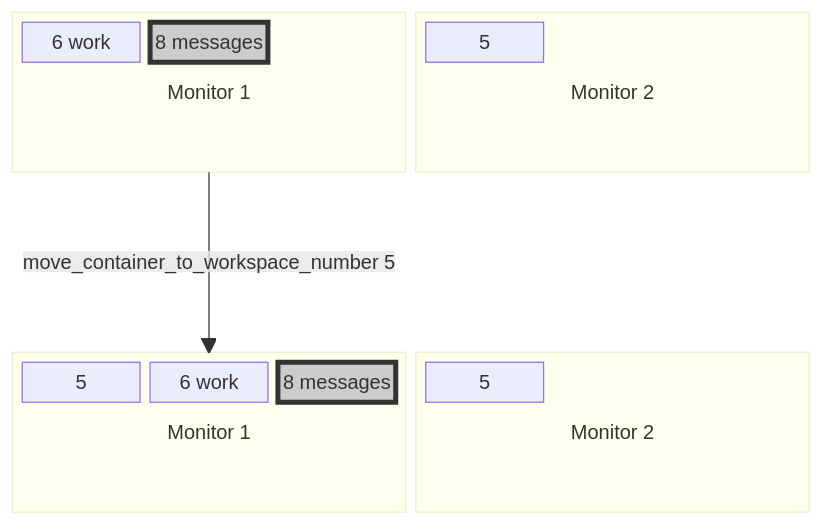
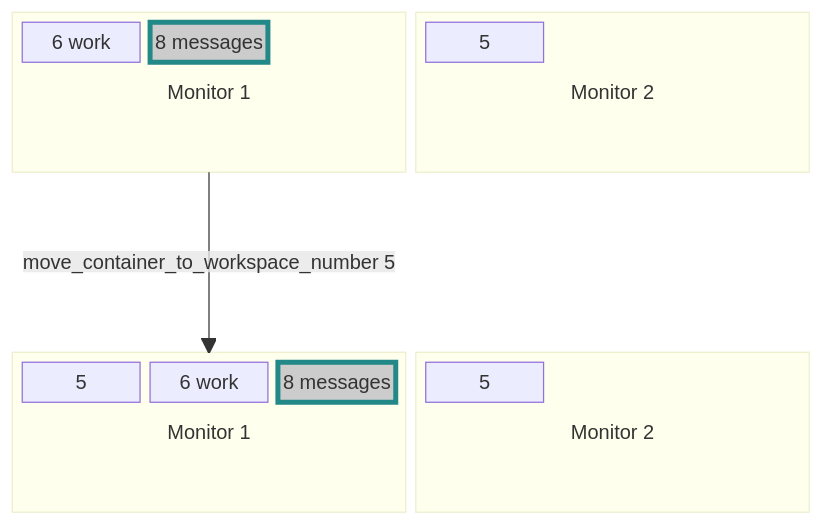
The tenth of 10 diagrams in README.md (berezowski/swaymsg_workspace), drawn with Mermaid before and after one commit. The commit also changed other lines of this file, not shown here.

````diff
--- a/README.md
+++ b/README.md
@@ -284,31 +284,31 @@
 ```mermaid
 block-beta
   columns 2
     block:a1["Monitor 1"]:1
       columns 3
       A1["6 work"]
       B1["8 messages"]
       space:6
     end
     block:a2["Monitor 2"]:1
       columns 3
       A2["5"]
       space:6    
     end
   space:2
     block:b1["Monitor 1"]:1
       columns 3
       C1["5"]
       D1["6 work"]
       E1["8 messages"]
       space:6
     end
     block:b2["Monitor 2"]:1
       columns 3
       B2["5"]
       space:6    
     end
   a1 -- "move_container_to_workspace_number 5" --> b1
-  style B1 fill:#ccc,stroke:#333,stroke-width:4px
-  style E1 fill:#ccc,stroke:#333,stroke-width:4px
+  style B1 fill:#ccc,stroke:#288,stroke-width:4px,color:#000
+  style E1 fill:#ccc,stroke:#288,stroke-width:4px,color:#000
 ```
````
